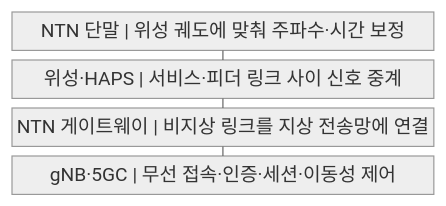
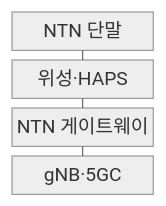
The first of 2 diagrams in src/content/docs/notes/04-network/044_non_terrestrial_network.md (agnusdei1207/knowledge-base), drawn with Mermaid (neutral theme) before and after one commit. The commit also changed other lines of this file and 122 other files, not shown here.

````diff
--- a/src/content/docs/notes/04-network/044_non_terrestrial_network.md
+++ b/src/content/docs/notes/04-network/044_non_terrestrial_network.md
@@ -57,11 +61,11 @@
 ```mermaid
-block
+block-beta
     columns 1
-    A["NTN 단말 | 위성 궤도에 맞춰 주파수·시간 보정"]
-    B["위성·HAPS | 서비스·피더 링크 사이 신호 중계"]
-    C["NTN 게이트웨이 | 비지상 링크를 지상 전송망에 연결"]
-    D["gNB·5GC | 무선 접속·인증·세션·이동성 제어"]
+    A["NTN 단말"]
+    B["위성·HAPS"]
+    C["NTN 게이트웨이"]
+    D["gNB·5GC"]
     A --- B
     B --- C
     C --- D
 ```
````
